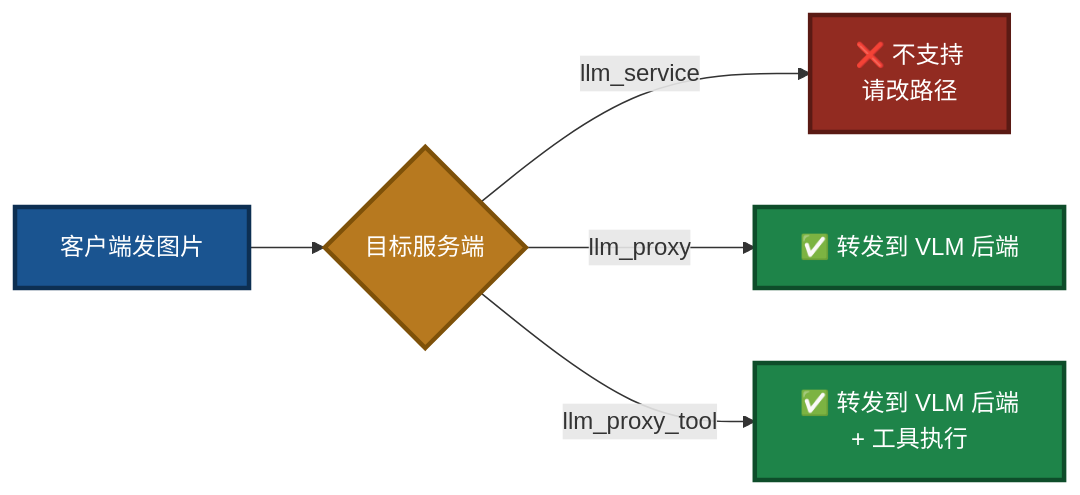
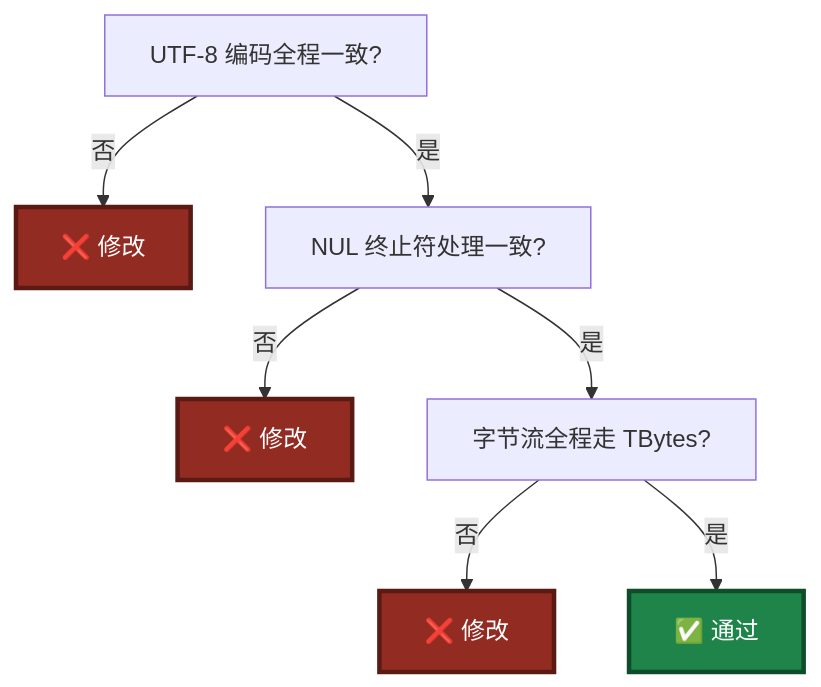
Diagram 12 of 16 in src/LingoFuse_LLM_Pitfalls_For_AI.md (PassByYou888/LingoFuse-pasAgent-v3), drawn with Mermaid before and after one commit. The commit also changed other lines of this file, not shown here.

````diff
--- a/src/LingoFuse_LLM_Pitfalls_For_AI.md
+++ b/src/LingoFuse_LLM_Pitfalls_For_AI.md
@@ -764,13 +1170,14 @@
 ```mermaid
-flowchart LR
-    A["客户端发图片"] --> B{"目标服务端"}
-    B -->|"llm_service"| C["❌ 不支持<br/>请改路径"]
-    B -->|"llm_proxy"| D["✅ 转发到 VLM 后端"]
-    B -->|"llm_proxy_tool"| E["✅ 转发到 VLM 后端<br/>+ 工具执行"]
+flowchart TD
+    B1["UTF-8 编码全程一致?"] -->|否| G1["❌ 修改"]
+    B1 -->|是| B2["NUL 终止符处理一致?"]
+    B2 -->|否| G2["❌ 修改"]
+    B2 -->|是| B3["字节流全程走 TBytes?"]
+    B3 -->|否| G3["❌ 修改"]
+    B3 -->|是| OK2["✅ 通过"]
 
-    style A fill:#1A5490,stroke:#0D2F52,stroke-width:3px,color:#FFFFFF
-    style B fill:#B7791F,stroke:#7E5109,stroke-width:3px,color:#FFFFFF
-    style C fill:#922B21,stroke:#5A1A14,stroke-width:3px,color:#FFFFFF
-    style D fill:#1E8449,stroke:#0E4D2A,stroke-width:3px,color:#FFFFFF
-    style E fill:#1E8449,stroke:#0E4D2A,stroke-width:3px,color:#FFFFFF
+    style OK2 fill:#1E8449,stroke:#0E4D2A,stroke-width:3px,color:#FFFFFF
+    style G1 fill:#922B21,stroke:#5A1A14,stroke-width:3px,color:#FFFFFF
+    style G2 fill:#922B21,stroke:#5A1A14,stroke-width:3px,color:#FFFFFF
+    style G3 fill:#922B21,stroke:#5A1A14,stroke-width:3px,color:#FFFFFF
 ```
````
